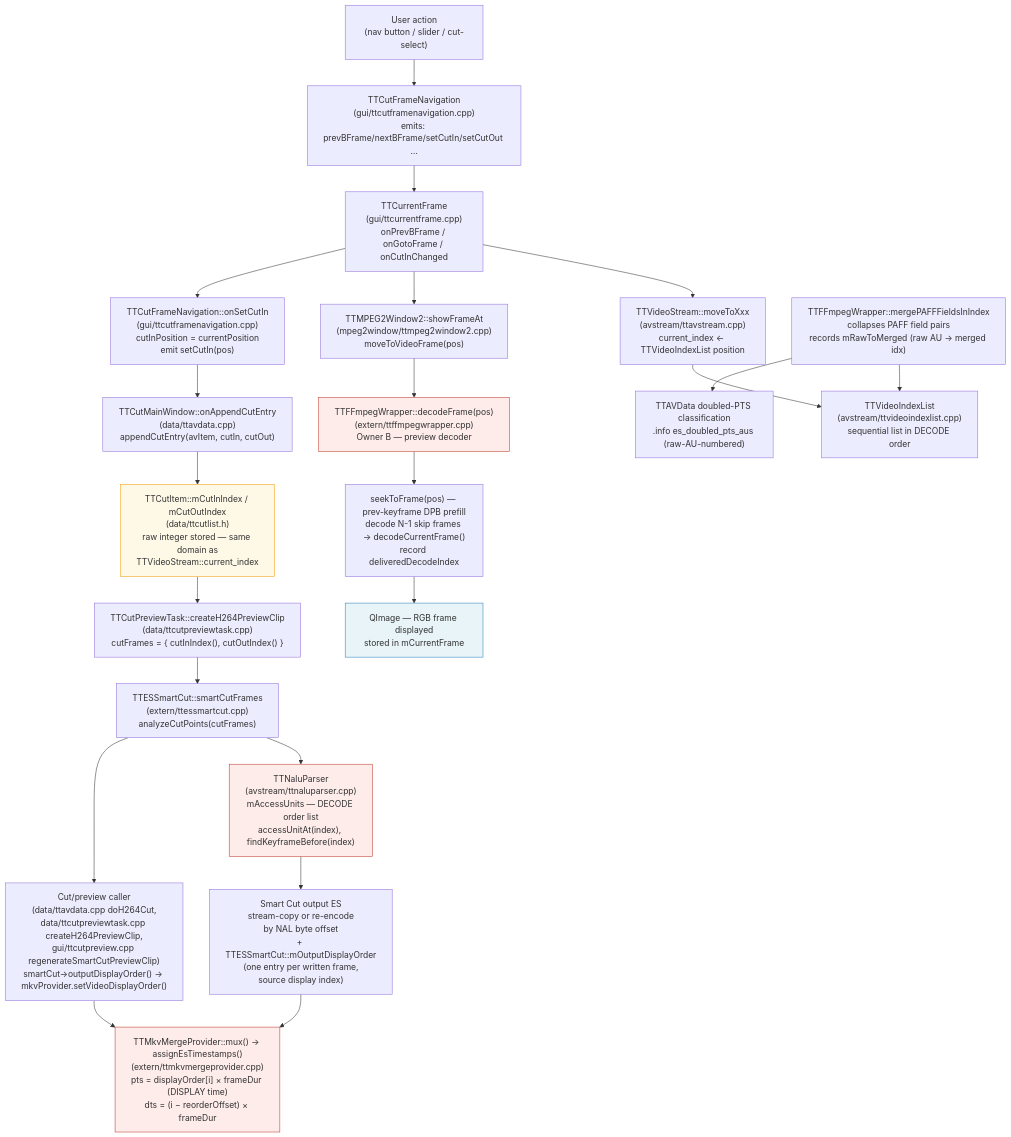
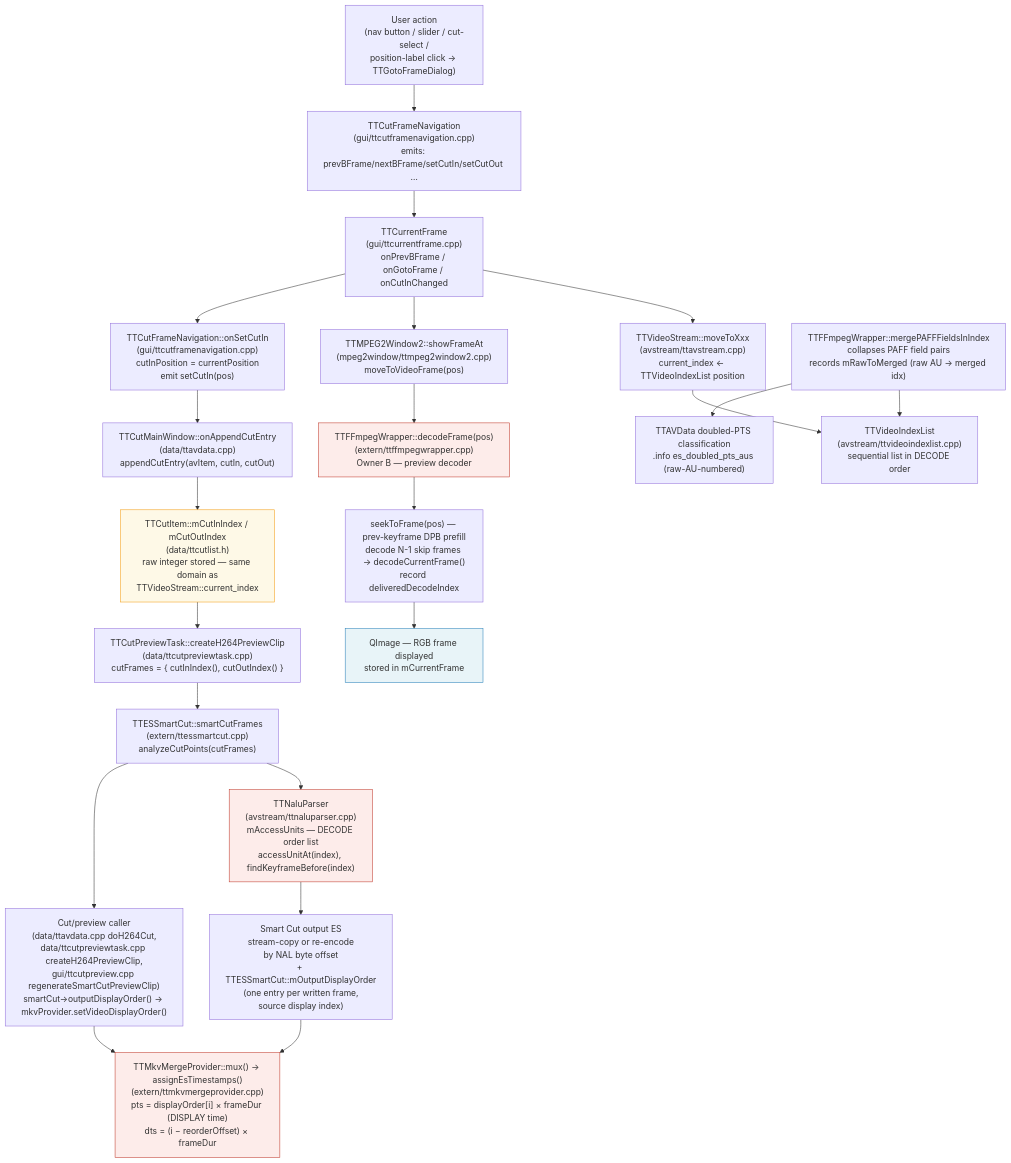
The diagram in docs/code-map/frame-order.md (MINIXJR/TTCut-ng), drawn with Mermaid before and after one commit. The commit also changed other lines of this file and 10 other files, not shown here.

````diff
--- a/docs/code-map/frame-order.md
+++ b/docs/code-map/frame-order.md
@@ -44,41 +46,41 @@
 ```mermaid
 flowchart TD
-    A["User action<br/>(nav button / slider / cut-select)"]
+    A["User action<br/>(nav button / slider / cut-select /<br/>position-label click → TTGotoFrameDialog)"]
     B["TTCutFrameNavigation<br/>(gui/ttcutframenavigation.cpp)<br/>emits: prevBFrame/nextBFrame/setCutIn/setCutOut …"]
     C["TTCurrentFrame<br/>(gui/ttcurrentframe.cpp)<br/>onPrevBFrame / onGotoFrame / onCutInChanged"]
     D["TTVideoStream::moveToXxx<br/>(avstream/ttavstream.cpp)<br/>current_index ← TTVideoIndexList position"]
     E["TTVideoIndexList<br/>(avstream/ttvideoindexlist.cpp)<br/>sequential list in DECODE order"]
     F["TTMPEG2Window2::showFrameAt<br/>(mpeg2window/ttmpeg2window2.cpp)<br/>moveToVideoFrame(pos)"]
     G["TTFFmpegWrapper::decodeFrame(pos)<br/>(extern/ttffmpegwrapper.cpp)<br/>Owner B — preview decoder"]
     H["seekToFrame(pos) — prev-keyframe DPB prefill<br/>decode N-1 skip frames → decodeCurrentFrame()<br/>record deliveredDecodeIndex"]
     I["QImage — RGB frame displayed<br/>stored in mCurrentFrame"]
     J["TTCutFrameNavigation::onSetCutIn<br/>(gui/ttcutframenavigation.cpp)<br/>cutInPosition = currentPosition<br/>emit setCutIn(pos)"]
     K["TTCutMainWindow::onAppendCutEntry<br/>(data/ttavdata.cpp)<br/>appendCutEntry(avItem, cutIn, cutOut)"]
     L["TTCutItem::mCutInIndex / mCutOutIndex<br/>(data/ttcutlist.h)<br/>raw integer stored — same domain as<br/>TTVideoStream::current_index"]
     M["TTCutPreviewTask::createH264PreviewClip<br/>(data/ttcutpreviewtask.cpp)<br/>cutFrames = { cutInIndex(), cutOutIndex() }"]
     N["TTESSmartCut::smartCutFrames<br/>(extern/ttessmartcut.cpp)<br/>analyzeCutPoints(cutFrames)"]
     O["TTNaluParser<br/>(avstream/ttnaluparser.cpp)<br/>mAccessUnits — DECODE order list<br/>accessUnitAt(index), findKeyframeBefore(index)"]
     P["Smart Cut output ES<br/>stream-copy or re-encode<br/>by NAL byte offset<br/>+ TTESSmartCut::mOutputDisplayOrder<br/>(one entry per written frame,<br/>source display index)"]
     Q["Cut/preview caller<br/>(data/ttavdata.cpp doH264Cut,<br/>data/ttcutpreviewtask.cpp createH264PreviewClip,<br/>gui/ttcutpreview.cpp regenerateSmartCutPreviewClip)<br/>smartCut->outputDisplayOrder() → mkvProvider.setVideoDisplayOrder()"]
     R["TTMkvMergeProvider::mux() → assignEsTimestamps()<br/>(extern/ttmkvmergeprovider.cpp)<br/>pts = displayOrder[i] × frameDur (DISPLAY time)<br/>dts = (i − reorderOffset) × frameDur"]
 
     MRG["TTFFmpegWrapper::mergePAFFFieldsInIndex<br/>collapses PAFF field pairs<br/>records mRawToMerged (raw AU → merged idx)"]
     DPC["TTAVData doubled-PTS classification<br/>.info es_doubled_pts_aus (raw-AU-numbered)"]
 
     A --> B --> C
     C --> D --> E
     MRG --> E
     MRG --> DPC
     C --> F
     F --> G --> H --> I
     C --> J --> K --> L
     L --> M --> N --> O --> P
     N --> Q --> R
     P --> R
 
     style I fill:#e8f4f8,stroke:#2980b9
     style L fill:#fef9e7,stroke:#f39c12
     style G fill:#fdecea,stroke:#c0392b
     style O fill:#fdecea,stroke:#c0392b
     style R fill:#fdecea,stroke:#c0392b
 ```
````
